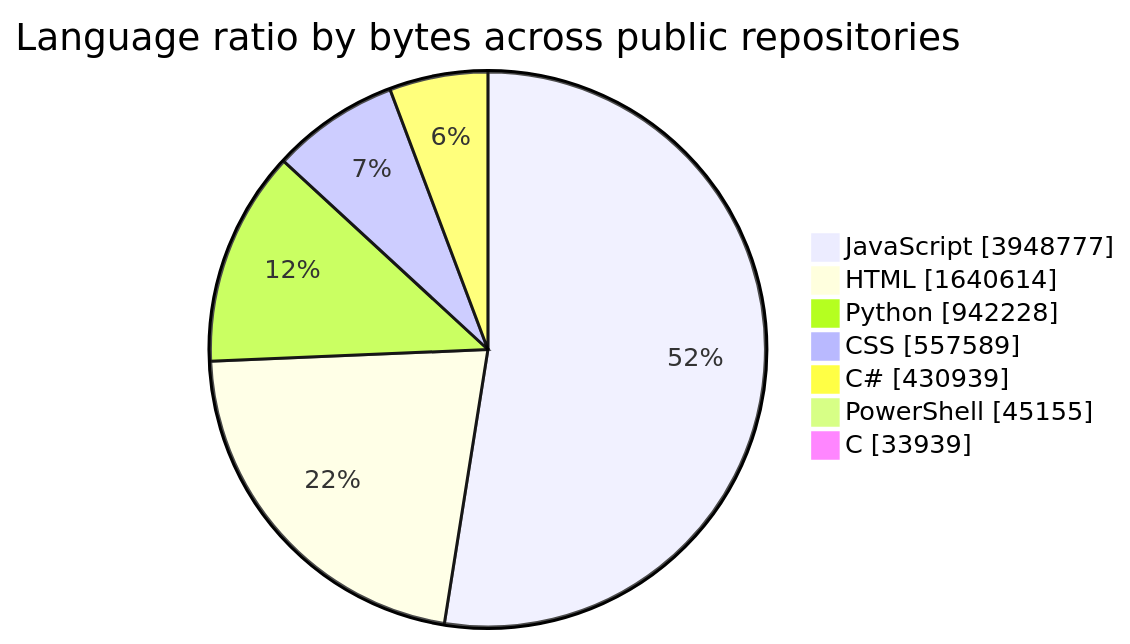
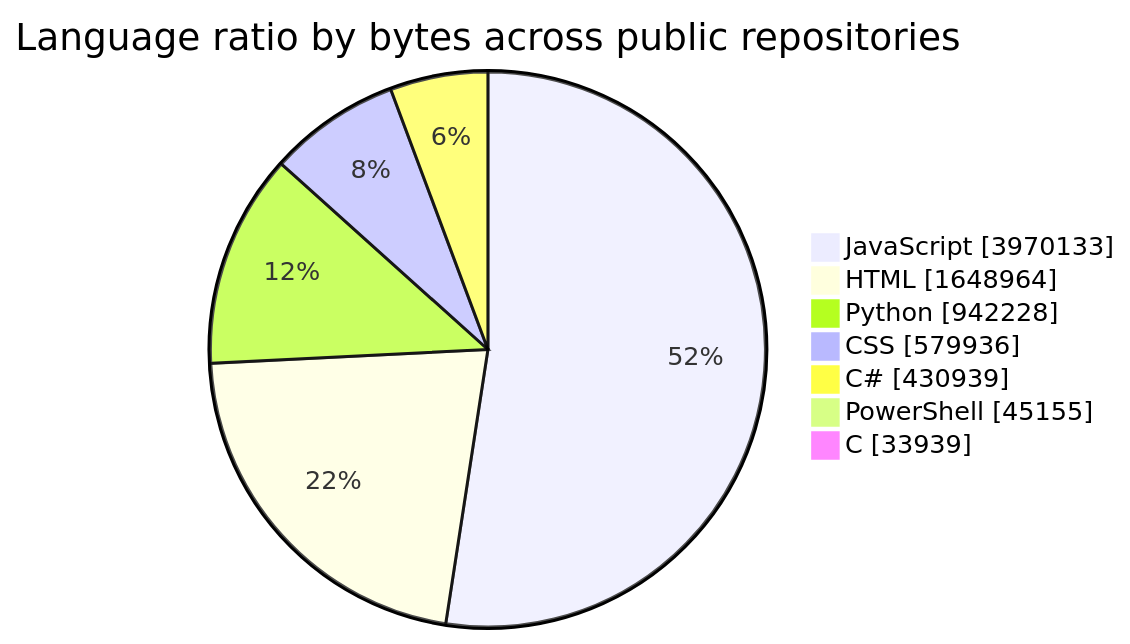
One commit to tchinso/tchinso changed the first of 2 diagrams in README.md. Above: the diagram before and after it, drawn with Mermaid. The commit also changed other lines of this file, not shown here.

````diff
--- a/README.md
+++ b/README.md
@@ -24,11 +24,11 @@
 ```mermaid
 pie showData
     title Language ratio by bytes across public repositories
-    "JavaScript" : 3948777
-    "HTML" : 1640614
+    "JavaScript" : 3970133
+    "HTML" : 1648964
     "Python" : 942228
-    "CSS" : 557589
+    "CSS" : 579936
     "C#" : 430939
     "PowerShell" : 45155
     "C" : 33939
 ```
````
